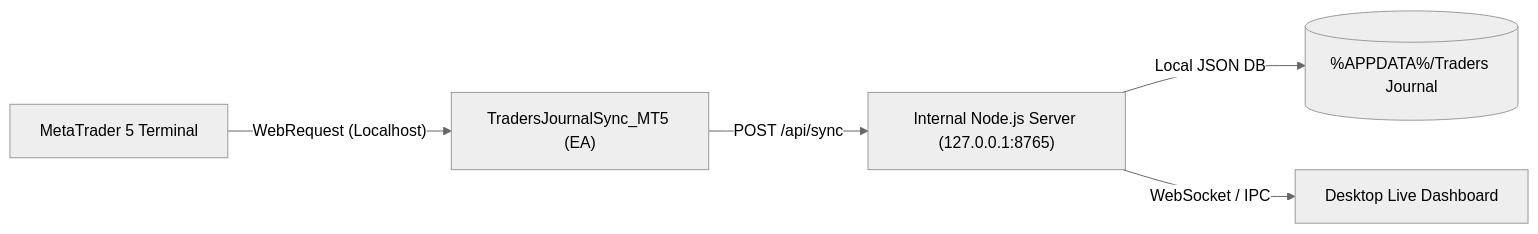
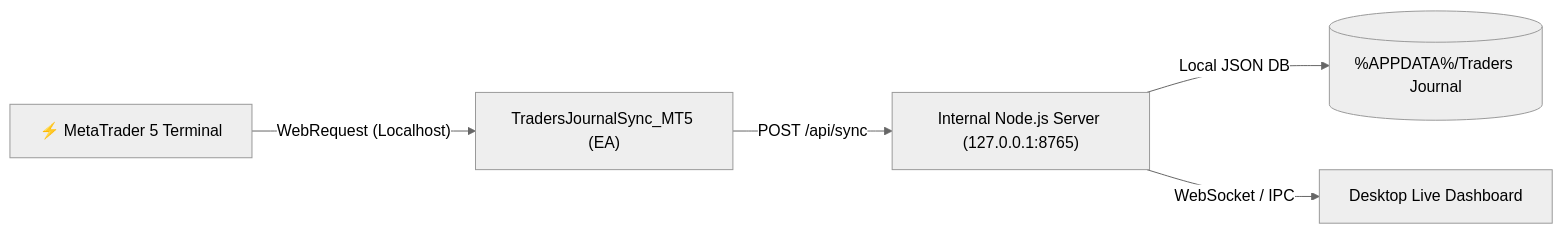
Before and after one commit to damsarachethiyaa-dev/Traders-Journal: the diagram in README.md, drawn with Mermaid (neutral theme). The commit also changed other lines of this file, not shown here.

````diff
--- a/README.md
+++ b/README.md
@@ -104,7 +183,7 @@
 ```mermaid
 flowchart LR
-    MT5["MetaTrader 5 Terminal"] -->|"WebRequest (Localhost)"| EA["TradersJournalSync_MT5 (EA)"]
+    MT5["⚡ MetaTrader 5 Terminal"] -->|"WebRequest (Localhost)"| EA["TradersJournalSync_MT5 (EA)"]
     EA -->|"POST /api/sync"| LocalServer["Internal Node.js Server (127.0.0.1:8765)"]
     LocalServer -->|"Local JSON DB"| Storage[("%APPDATA%/Traders Journal")]
     LocalServer -->|"WebSocket / IPC"| Dashboard["Desktop Live Dashboard"]
 ```
````
